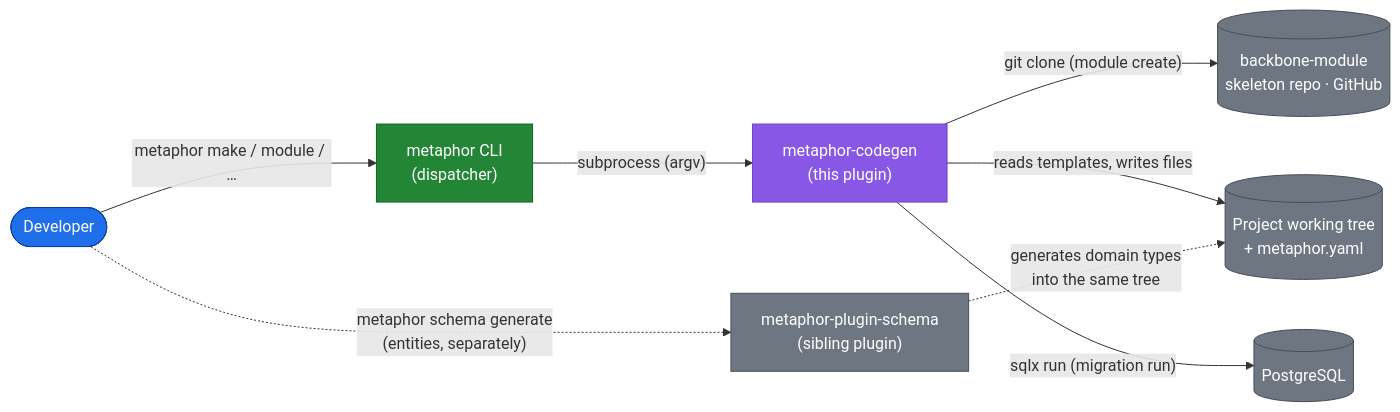
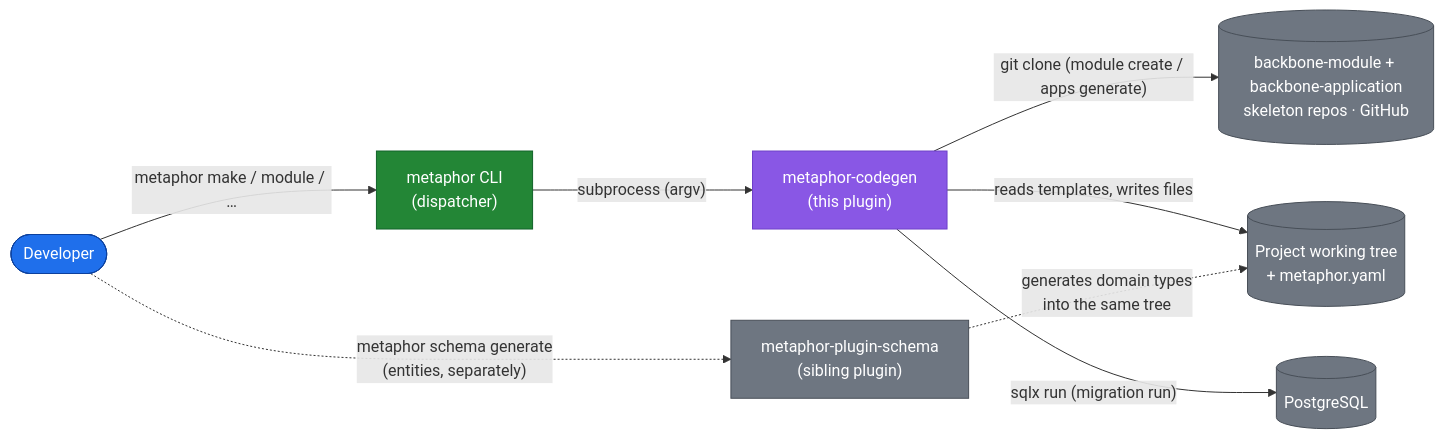
Before and after one commit to faridlab/metaphor-plugin-codegen: the first of 3 diagrams in docs/maintainer-guide.md, drawn with Mermaid. The commit also changed other lines of this file and 5 other files, not shown here.

Commit message:
docs: reconcile docs and changelog with the apps skeleton-clone reality

````diff
--- a/docs/maintainer-guide.md
+++ b/docs/maintainer-guide.md
@@ -12,23 +12,23 @@
 ```mermaid
 flowchart LR
     DEV(["Developer"]):::person
     CLI["metaphor CLI<br/>(dispatcher)"]:::sys
     CG["metaphor-codegen<br/>(this plugin)"]:::focus
-    SKEL[("backbone-module<br/>skeleton repo · GitHub")]:::ext
+    SKEL[("backbone-module + backbone-application<br/>skeleton repos · GitHub")]:::ext
     SCHEMA["metaphor-plugin-schema<br/>(sibling plugin)"]:::ext
     PG[("PostgreSQL")]:::ext
     FS[("Project working tree<br/>+ metaphor.yaml")]:::ext
 
     DEV -->|"metaphor make / module / …"| CLI
     CLI -->|"subprocess (argv)"| CG
-    CG -->|"git clone (module create)"| SKEL
+    CG -->|"git clone (module create / apps generate)"| SKEL
     CG -->|"reads templates, writes files"| FS
     CG -->|"sqlx run (migration run)"| PG
     DEV -.->|"metaphor schema generate<br/>(entities, separately)"| SCHEMA
     SCHEMA -.->|"generates domain types<br/>into the same tree"| FS
 
     classDef person fill:#1f6feb,color:#fff,stroke:#0d419d
     classDef sys fill:#238636,color:#fff,stroke:#116329
     classDef focus fill:#8957e5,color:#fff,stroke:#6e40c9
     classDef ext fill:#6e7681,color:#fff,stroke:#484f58
 ```
````
